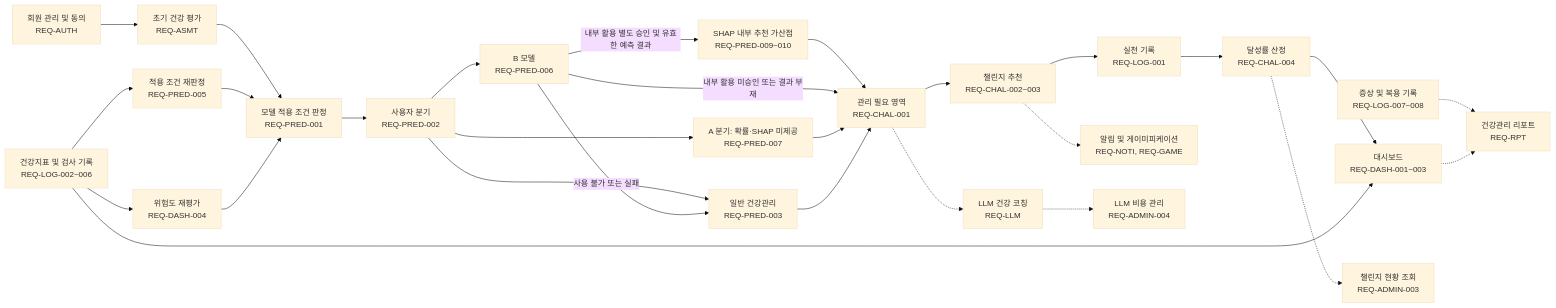
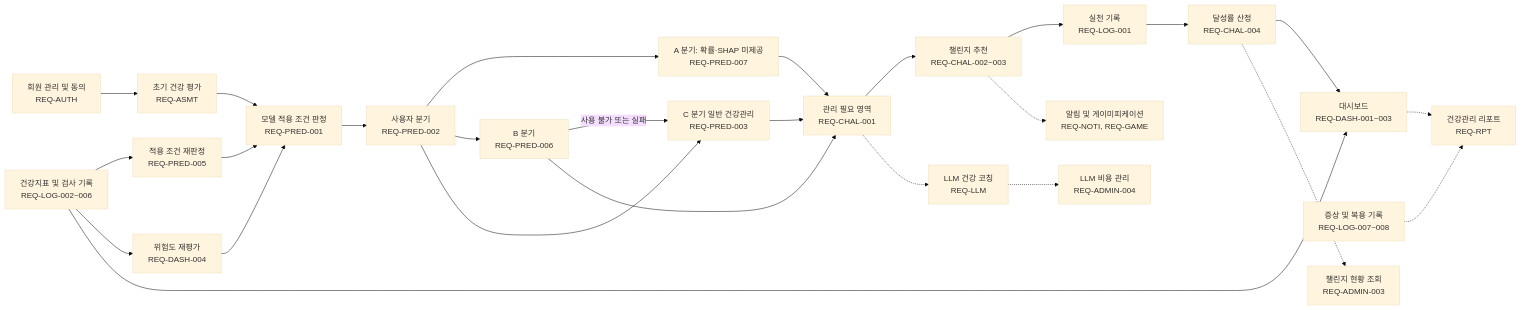
One commit to AI-HealthCare-07/welloop changed the second of 2 diagrams in docs/planning/WELLOOP_요구사항정의서_v2.0.md. Above: the diagram before and after it, drawn with Mermaid (base theme). The commit also changed other lines of this file, not shown here.

````diff
--- a/docs/planning/WELLOOP_요구사항정의서_v2.0.md
+++ b/docs/planning/WELLOOP_요구사항정의서_v2.0.md
@@ -610,30 +608,28 @@
 ```mermaid
 flowchart LR
     AUTH["회원 관리 및 동의<br/>REQ-AUTH"] --> ASMT["초기 건강 평가<br/>REQ-ASMT"]
     ASMT --> ELIG["모델 적용 조건 판정<br/>REQ-PRED-001"]
     ELIG --> BRANCH["사용자 분기<br/>REQ-PRED-002"]
     BRANCH --> A["A 분기: 확률·SHAP 미제공<br/>REQ-PRED-007"]
-    BRANCH --> B["B 모델<br/>REQ-PRED-006"]
-    BRANCH --> GENERAL["일반 건강관리<br/>REQ-PRED-003"]
+    BRANCH --> B["B 분기<br/>REQ-PRED-006"]
+    BRANCH --> GENERAL["C 분기 일반 건강관리<br/>REQ-PRED-003"]
     B -->|사용 불가 또는 실패| GENERAL
-    B -->|내부 활용 별도 승인 및 유효한 예측 결과| SHAP["SHAP 내부 추천 가산점<br/>REQ-PRED-009~010"]
-    SHAP --> AREA
-    B -->|내부 활용 미승인 또는 결과 부재| AREA["관리 필요 영역<br/>REQ-CHAL-001"]
+    B --> AREA["관리 필요 영역<br/>REQ-CHAL-001"]
     A --> AREA
     GENERAL --> AREA
     AREA --> CHAL["챌린지 추천<br/>REQ-CHAL-002~003"]
     CHAL --> LOG1["실천 기록<br/>REQ-LOG-001"]
     LOG1 --> RATE["달성률 산정<br/>REQ-CHAL-004"]
     LOG2["건강지표 및 검사 기록<br/>REQ-LOG-002~006"] --> RECHECK["적용 조건 재판정<br/>REQ-PRED-005"]
     RECHECK --> ELIG
     LOG2 --> REEVAL["위험도 재평가<br/>REQ-DASH-004"]
     REEVAL --> ELIG
     RATE --> DASH["대시보드<br/>REQ-DASH-001~003"]
     LOG2 --> DASH
     LOG3["증상 및 복용 기록<br/>REQ-LOG-007~008"] -.-> REPORT["건강관리 리포트<br/>REQ-RPT"]
     DASH -.-> REPORT
     CHAL -.-> NOTI["알림 및 게이미피케이션<br/>REQ-NOTI, REQ-GAME"]
     AREA -.-> LLM["LLM 건강 코칭<br/>REQ-LLM"]
     LLM -.-> ADMIN4["LLM 비용 관리<br/>REQ-ADMIN-004"]
     RATE -.-> ADMIN3["챌린지 현황 조회<br/>REQ-ADMIN-003"]
 ```
````
